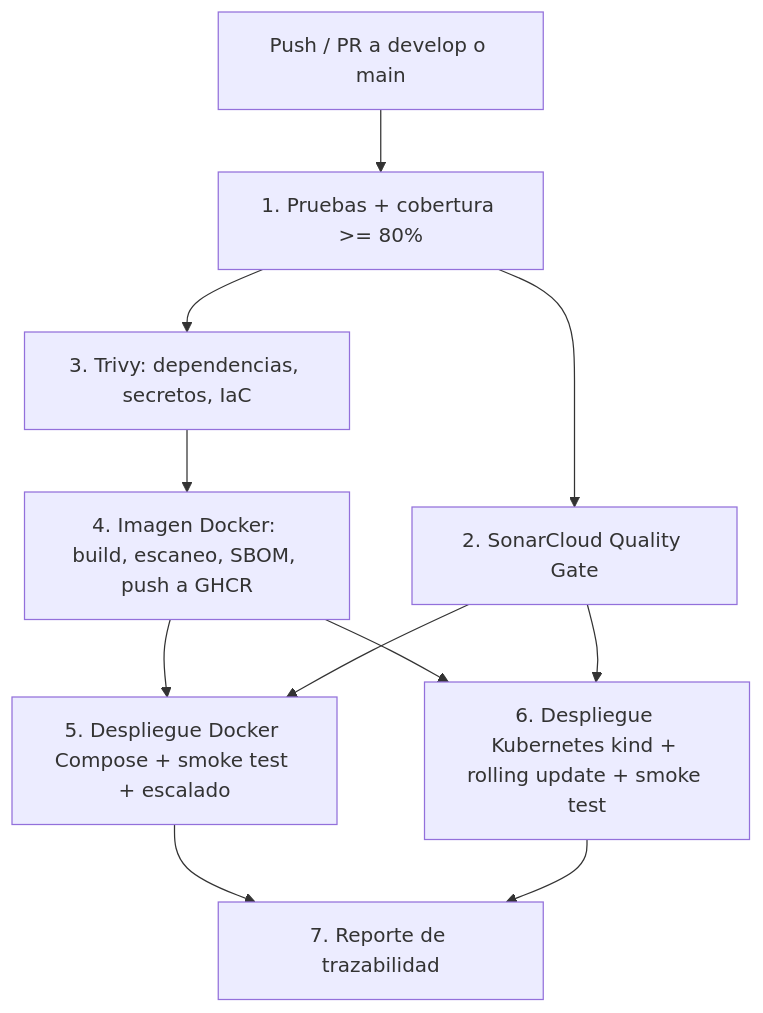
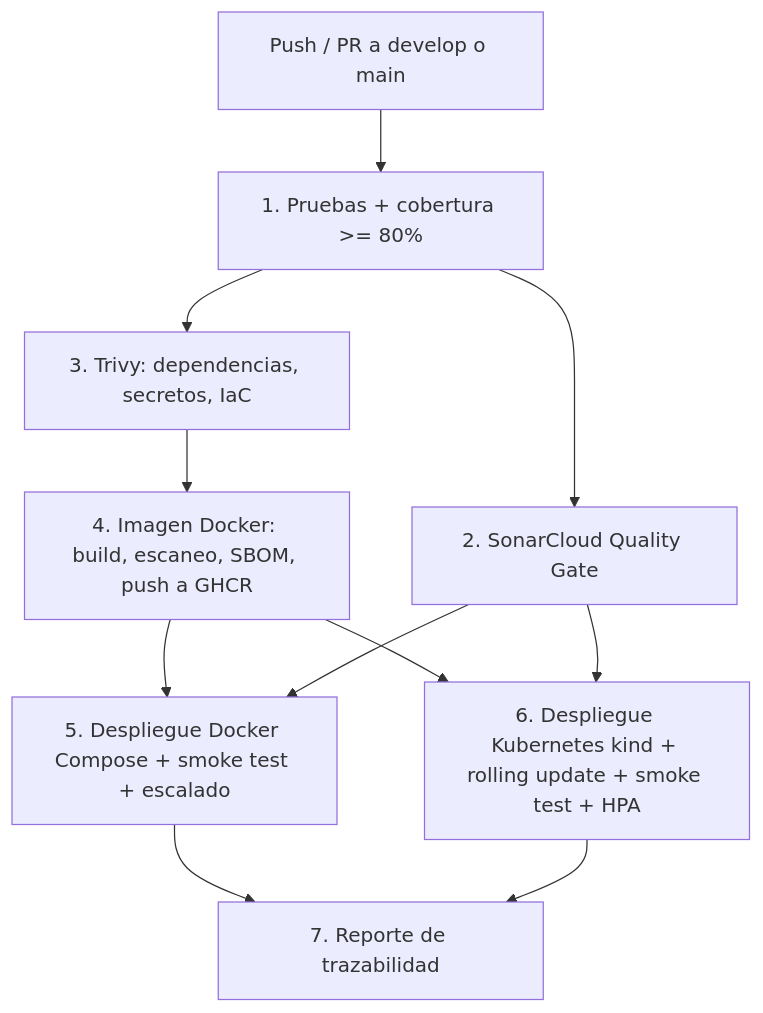
The second of 2 diagrams in README.md (Miichellee1/DevOps-Wisdom-), drawn with Mermaid before and after one commit. The commit also changed other lines of this file, not shown here.

Commit message:
docs: documenta pruebas con Testcontainers y verificacion del HPA

````diff
--- a/README.md
+++ b/README.md
@@ -204,13 +205,13 @@
 ```mermaid
 graph TD
     T[Push / PR a develop o main] --> B[1. Pruebas + cobertura >= 80%]
     B --> S[2. SonarCloud Quality Gate]
     B --> V[3. Trivy: dependencias, secretos, IaC]
     V --> I[4. Imagen Docker: build, escaneo, SBOM, push a GHCR]
     I --> C[5. Despliegue Docker Compose + smoke test + escalado]
     S --> C
-    I --> K[6. Despliegue Kubernetes kind + rolling update + smoke test]
+    I --> K[6. Despliegue Kubernetes kind + rolling update + smoke test + HPA]
     S --> K
     C --> R[7. Reporte de trazabilidad]
     K --> R
 ```
````
